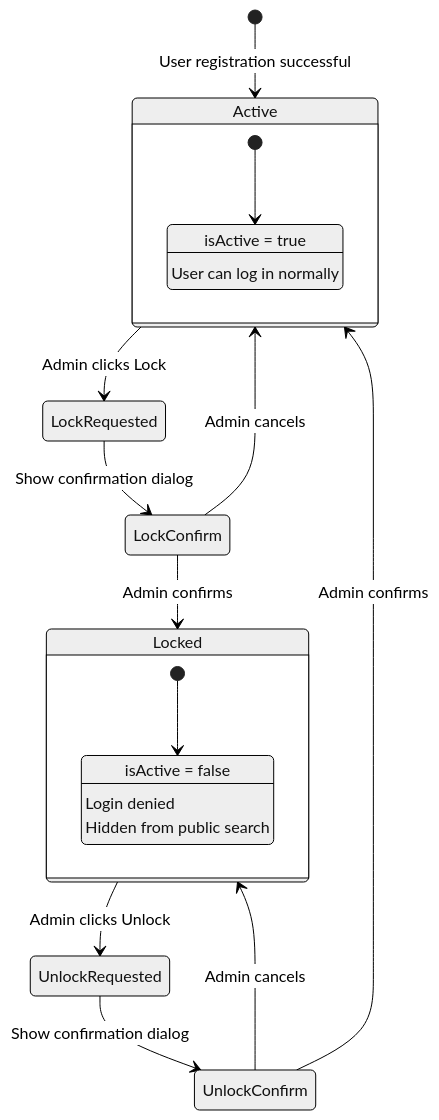
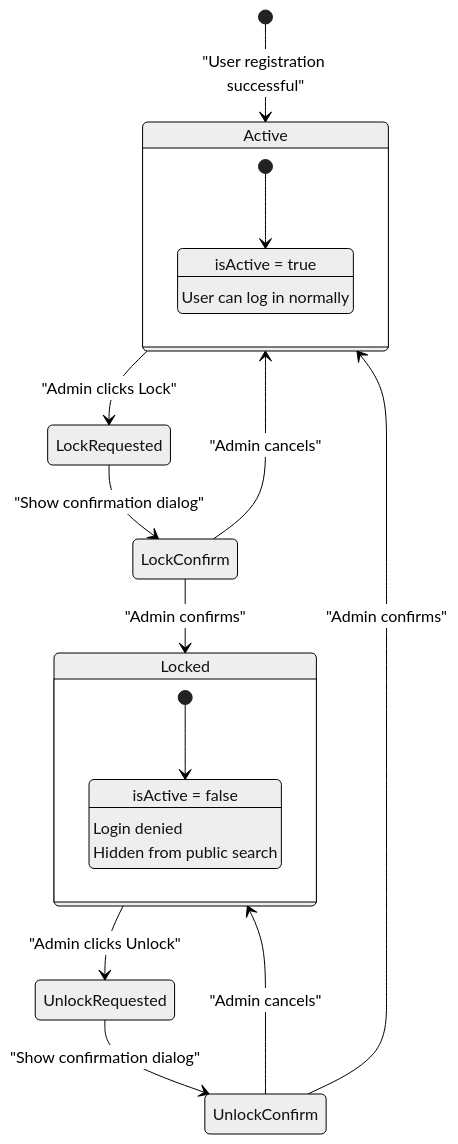
Diagram 33 of 51 in UC_Diagrams_EN.md (dat-21/SWD392), drawn with Mermaid (neutral theme) before and after one commit. The commit also changed other lines of this file and 2 other files, not shown here.

Commit message:
style: Standardize Mermaid state diagram transition label formatting by adding quotes and a space before the colon.

````diff
--- a/UC_Diagrams_EN.md
+++ b/UC_Diagrams_EN.md
@@ -1230,26 +1230,26 @@
 ```mermaid
 stateDiagram-v2
-    [*] --> Active: User registration successful
+    [*] --> Active : "User registration successful"
     
-    Active --> LockRequested: Admin clicks Lock
-    LockRequested --> LockConfirm: Show confirmation dialog
-    LockConfirm --> Active: Admin cancels
-    LockConfirm --> Locked: Admin confirms
+    Active --> LockRequested : "Admin clicks Lock"
+    LockRequested --> LockConfirm : "Show confirmation dialog"
+    LockConfirm --> Active : "Admin cancels"
+    LockConfirm --> Locked : "Admin confirms"
     
-    Locked --> UnlockRequested: Admin clicks Unlock
-    UnlockRequested --> UnlockConfirm: Show confirmation dialog
-    UnlockConfirm --> Locked: Admin cancels
-    UnlockConfirm --> Active: Admin confirms
+    Locked --> UnlockRequested : "Admin clicks Unlock"
+    UnlockRequested --> UnlockConfirm : "Show confirmation dialog"
+    UnlockConfirm --> Locked : "Admin cancels"
+    UnlockConfirm --> Active : "Admin confirms"
 
     state Active {
         [*] --> CanLogin
         CanLogin: isActive = true
         CanLogin: User can log in normally
     }
     state Locked {
         [*] --> CannotLogin
         CannotLogin: isActive = false
         CannotLogin: Login denied
         CannotLogin: Hidden from public search
     }
 ```
````
